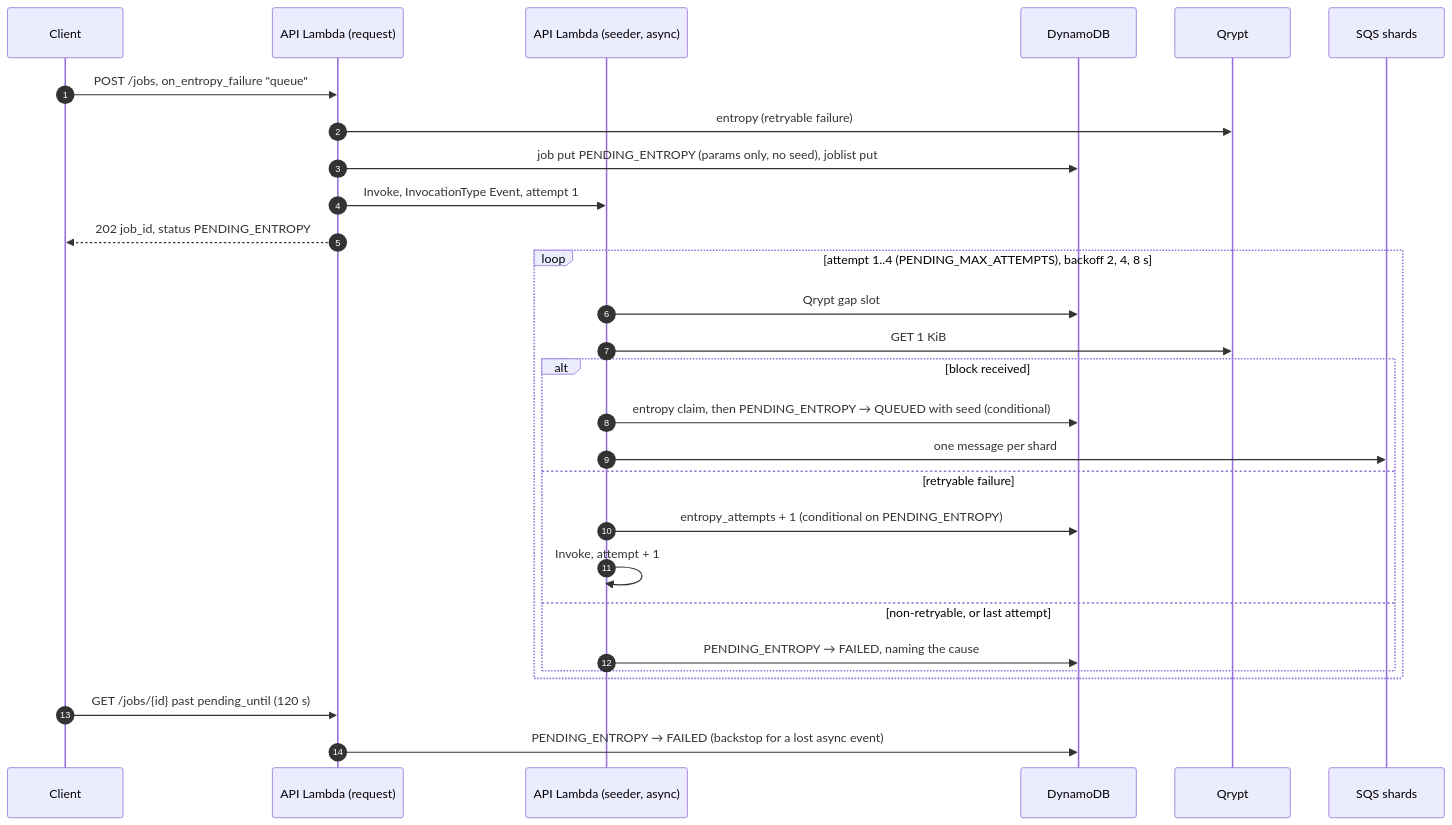
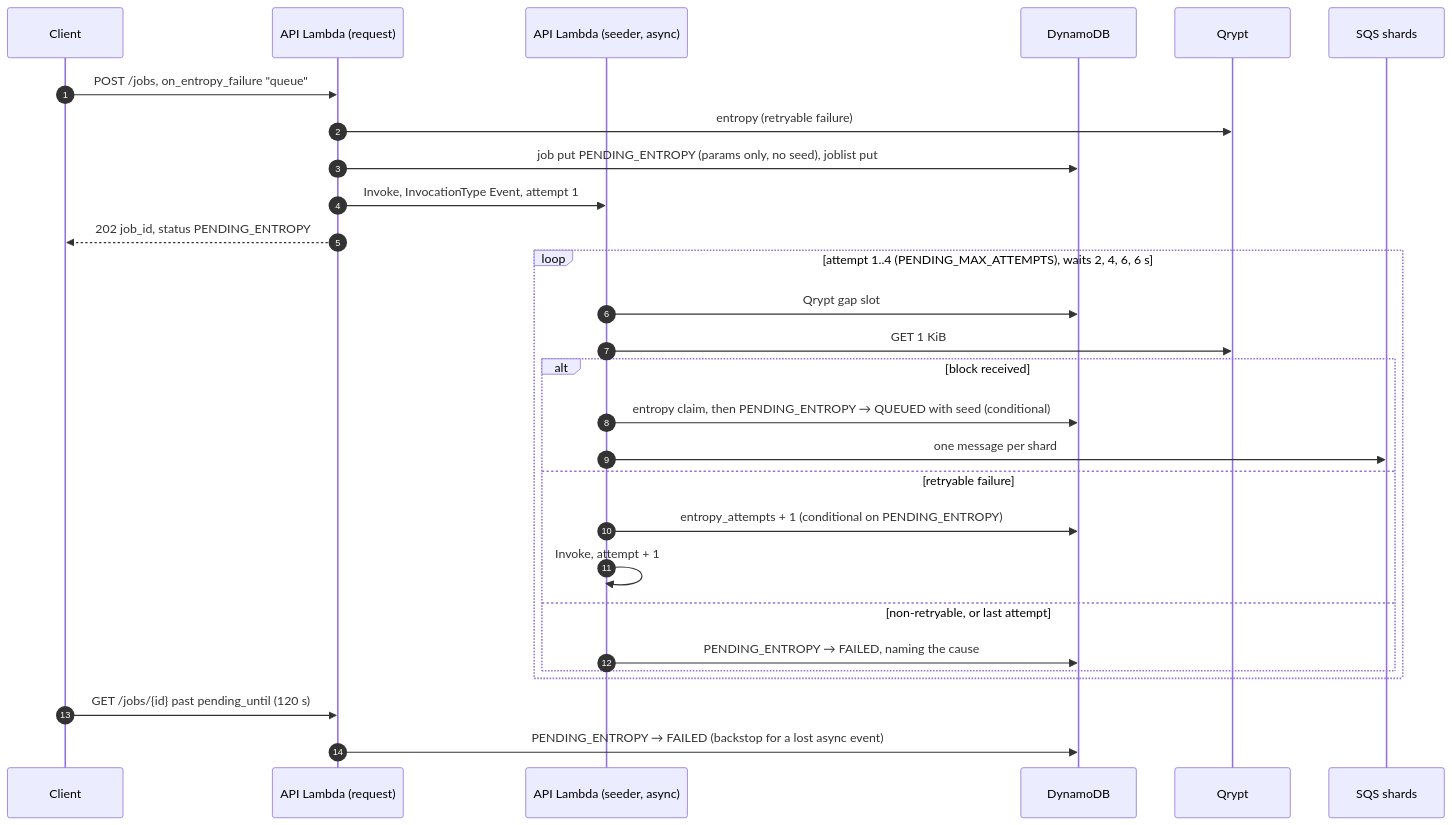
The third of 4 diagrams in docs/ARCHITECTURE.md (jrmcgirr/quantum-seeded-monte-carlo), drawn with Mermaid before and after one commit. The commit also changed 3 other files, not shown here.

Commit message:
WS5: QMC-128 effective PENDING_ENTROPY waits are 2, 4, 6, 6 s (backoff capped by the API timeout)

````diff
--- a/docs/ARCHITECTURE.md
+++ b/docs/ARCHITECTURE.md
@@ -120,30 +120,30 @@
 ```mermaid
 sequenceDiagram
     autonumber
     participant C as Client
     participant A as API Lambda (request)
     participant S as API Lambda (seeder, async)
     participant D as DynamoDB
     participant Q as Qrypt
     participant M as SQS shards
     C->>A: POST /jobs, on_entropy_failure "queue"
     A->>Q: entropy (retryable failure)
     A->>D: job put PENDING_ENTROPY (params only, no seed), joblist put
     A->>S: Invoke, InvocationType Event, attempt 1
     A-->>C: 202 job_id, status PENDING_ENTROPY
-    loop attempt 1..4 (PENDING_MAX_ATTEMPTS), backoff 2, 4, 8 s
+    loop attempt 1..4 (PENDING_MAX_ATTEMPTS), waits 2, 4, 6, 6 s
         S->>D: Qrypt gap slot
         S->>Q: GET 1 KiB
         alt block received
             S->>D: entropy claim, then PENDING_ENTROPY → QUEUED with seed (conditional)
             S->>M: one message per shard
         else retryable failure
             S->>D: entropy_attempts + 1 (conditional on PENDING_ENTROPY)
             S->>S: Invoke, attempt + 1
         else non-retryable, or last attempt
             S->>D: PENDING_ENTROPY → FAILED, naming the cause
         end
     end
     C->>A: GET /jobs/{id} past pending_until (120 s)
     A->>D: PENDING_ENTROPY → FAILED (backstop for a lost async event)
 ```
````
